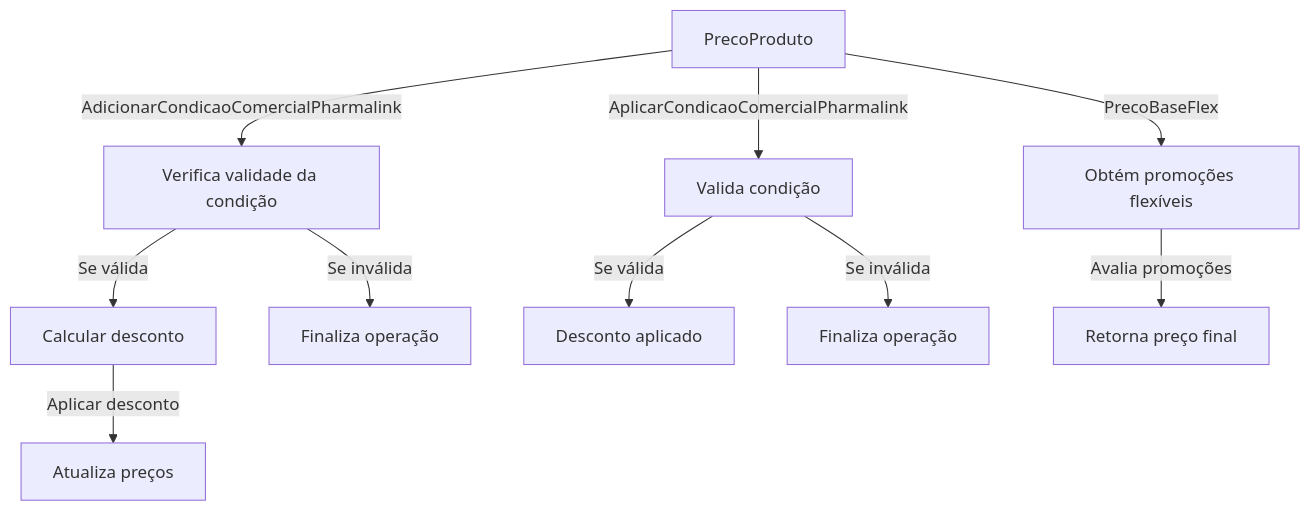
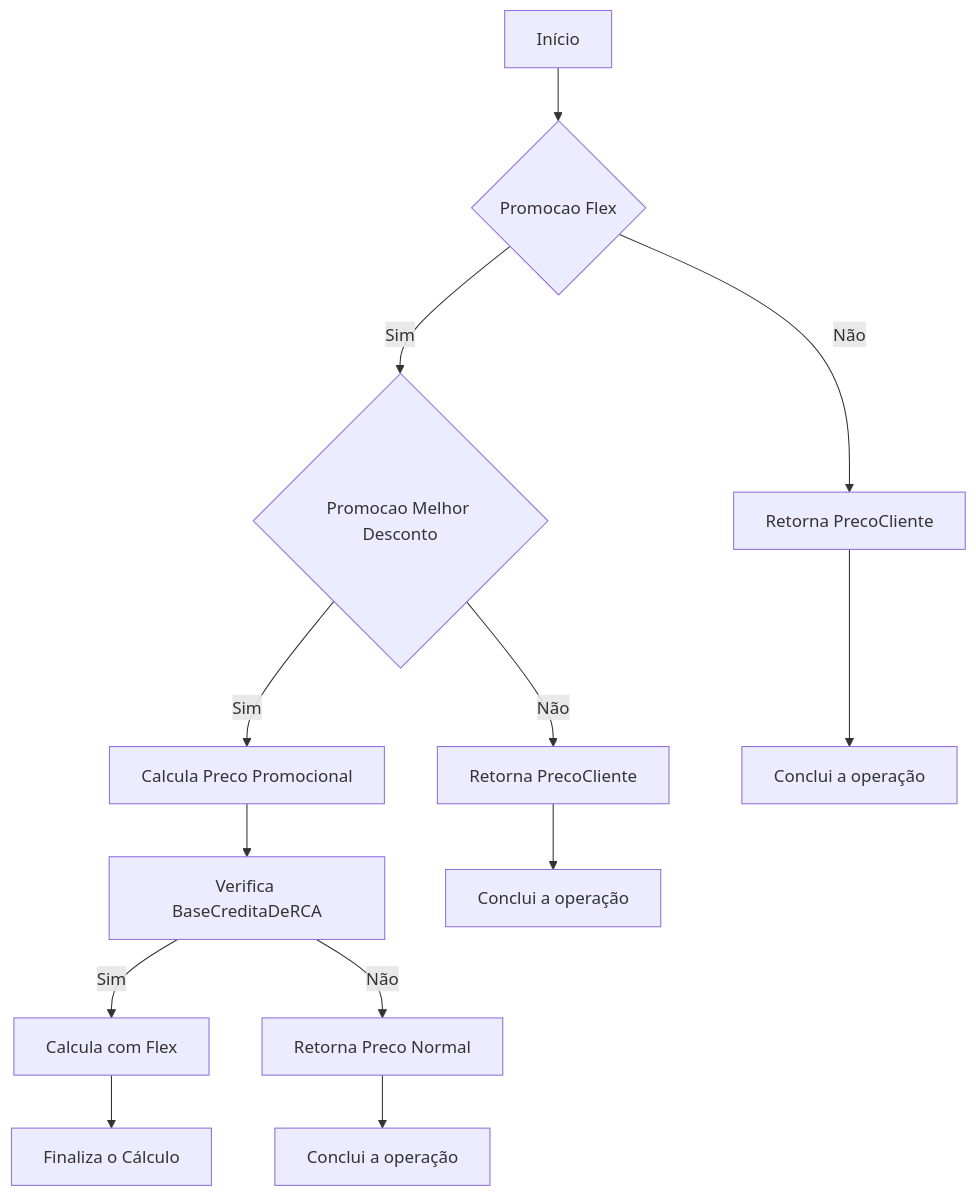
The first of 2 diagrams in docs/b2b-dominio/IsthmusWinthor.Nucleo/IsthmusWinthor.Dominio/POCO/Precos/PrecoProduto.md (IsthmusSistemas/documentacao-tecnica), drawn with Mermaid before and after one commit. The commit also changed other lines of this file and 882 other files, not shown here.

````diff
--- a/docs/b2b-dominio/IsthmusWinthor.Nucleo/IsthmusWinthor.Dominio/POCO/Precos/PrecoProduto.md
+++ b/docs/b2b-dominio/IsthmusWinthor.Nucleo/IsthmusWinthor.Dominio/POCO/Precos/PrecoProduto.md
@@ -36,15 +28,22 @@
 ```mermaid
 flowchart TD
-    A[PrecoProduto]
-    A -->|AdicionarCondicaoComercialPharmalink| B[Verifica validade da condição]
-    B -->|Se válida| C[Calcular desconto]
-    C -->|Aplicar desconto| D[Atualiza preços]
-    B -->|Se inválida| E[Finaliza operação]
-
-    A -->|AplicarCondicaoComercialPharmalink| F[Valida condição]
-    F -->|Se válida| G[Desconto aplicado]
-    F -->|Se inválida| H[Finaliza operação]
-
-    A -->|PrecoBaseFlex| I[Obtém promoções flexíveis]
-    I -->|Avalia promoções| J[Retorna preço final]
+    A[Início]
+    B{Promocao Flex}
+    C{Promocao Melhor Desconto}
+  
+    A --> B
+    B -- Sim --> C
+    B -- Não --> D[Retorna PrecoCliente]
+  
+    C -- Sim --> E[Calcula Preco Promocional]
+    C -- Não --> F[Retorna PrecoCliente]
+    
+    E --> G[Verifica BaseCreditaDeRCA]
+    G -- Sim --> H[Calcula com Flex]
+    G -- Não --> I[Retorna Preco Normal]
+    
+    H --> J[Finaliza o Cálculo]
+    D --> K[Conclui a operação]
+    F --> L[Conclui a operação]
+    I --> M[Conclui a operação]
 ```
````
